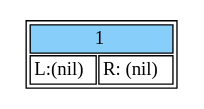
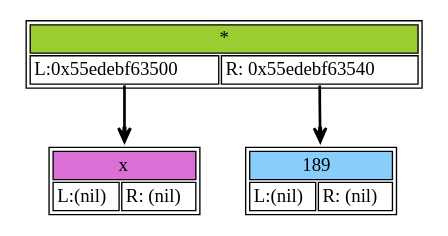
The diagram in dump/dump.dot (Varnike/differentiator), drawn with Graphviz before and after one commit. The commit also changed 5 other files, not shown here.

```diff
--- a/dump/dump.dot
+++ b/dump/dump.dot
@@ -1,8 +1,20 @@
 digraph dump_graph {
 	rankdir=TV; 
-node0x55d689fa9500 [shape=plaintext
+node0x55edebf63500 [shape=plaintext
 					label=<<table border='1' cellborder='1'>
-			<tr><td colspan="2" bgcolor="lightskyblue" >1</td></tr>
+			<tr><td colspan="2" bgcolor="orchid" >x</td></tr>
+					<tr><td port= "lchild">L:(nil)</td><td port="rchild">R: (nil)</td></tr>
+				</table>>];
+node0x55edebf634c0 [shape=plaintext
+					label=<<table border='1' cellborder='1'>
+			<tr><td colspan="2" bgcolor="olivedrab3" >*</td></tr>
+					<tr><td port= "lchild">L:0x55edebf63500</td><td port="rchild">R: 0x55edebf63540</td></tr>
+				</table>>];
+		node0x55edebf634c0:lchild -> node0x55edebf63500[style=bold, arrowhead=vee];
+		node0x55edebf634c0:rchild -> node0x55edebf63540[style=bold, arrowhead=vee];
+node0x55edebf63540 [shape=plaintext
+					label=<<table border='1' cellborder='1'>
+			<tr><td colspan="2" bgcolor="lightskyblue" >189</td></tr>
 					<tr><td port= "lchild">L:(nil)</td><td port="rchild">R: (nil)</td></tr>
 				</table>>];
 }
```
